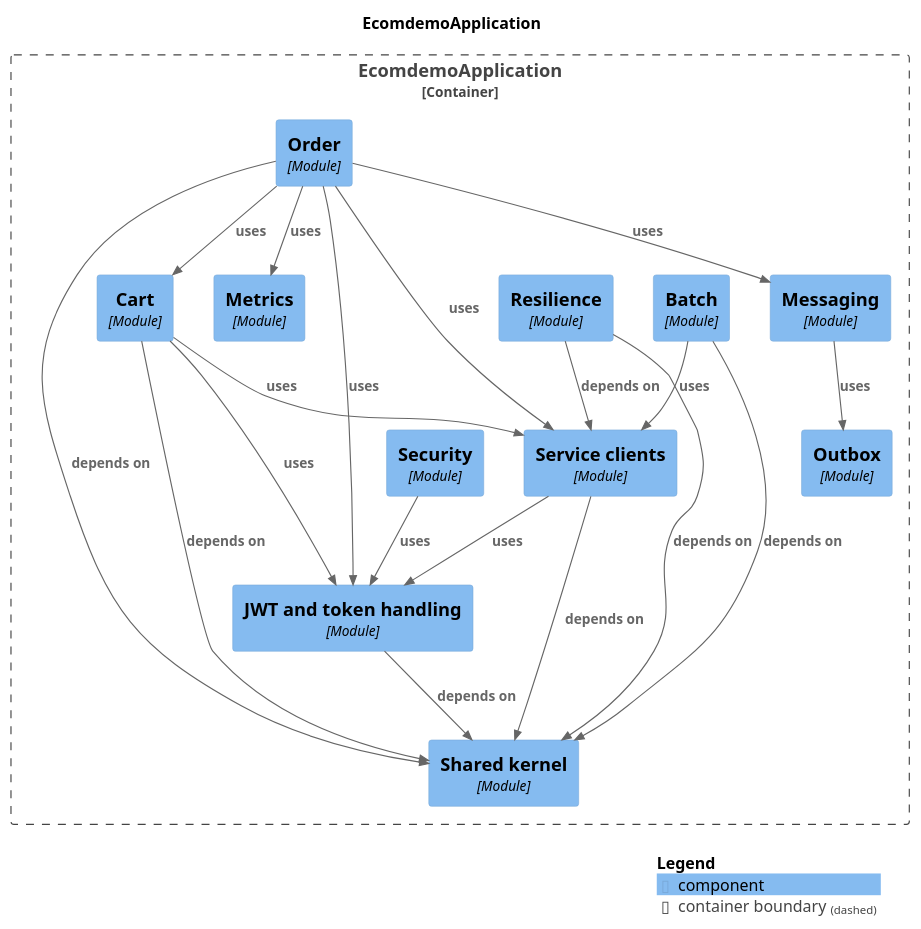
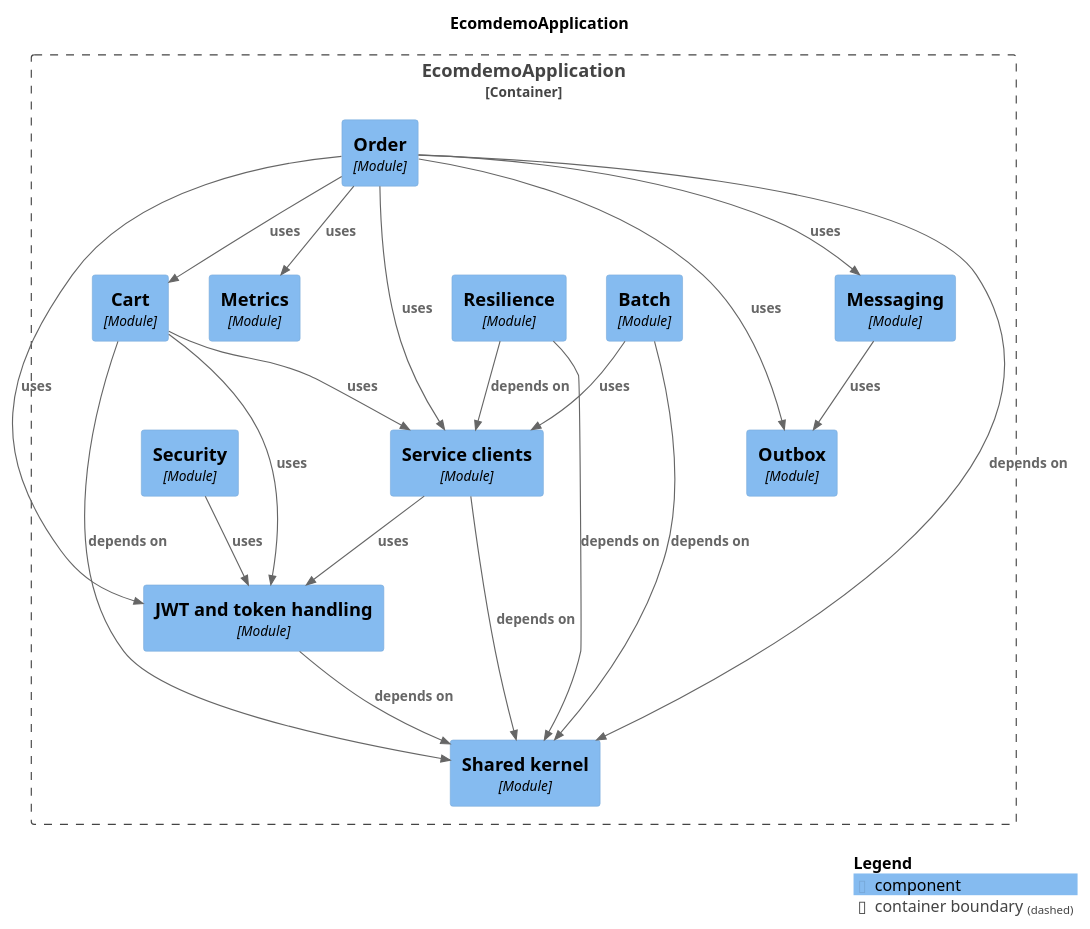
The diagram in docs/modules/components.puml (mr-sujay-patil/ecomdemo), drawn with PlantUML before and after one commit. The commit also changed 40 other files, not shown here.

```diff
--- a/docs/modules/components.puml
+++ b/docs/modules/components.puml
@@ -1,45 +1,46 @@
 @startuml
 set separator none
 title EcomdemoApplication
 
 top to bottom direction
 
 !include <C4/C4>
 !include <C4/C4_Context>
 !include <C4/C4_Component>
 
 Container_Boundary("EcomdemoApplication.EcomdemoApplication_boundary", "EcomdemoApplication", $tags="") {
   Component(EcomdemoApplication.EcomdemoApplication.Serviceclients, "Service clients", $techn="Module", $descr="", $tags="", $link="")
   Component(EcomdemoApplication.EcomdemoApplication.Security, "Security", $techn="Module", $descr="", $tags="", $link="")
   Component(EcomdemoApplication.EcomdemoApplication.Batch, "Batch", $techn="Module", $descr="", $tags="", $link="")
   Component(EcomdemoApplication.EcomdemoApplication.Cart, "Cart", $techn="Module", $descr="", $tags="", $link="")
   Component(EcomdemoApplication.EcomdemoApplication.Resilience, "Resilience", $techn="Module", $descr="", $tags="", $link="")
   Component(EcomdemoApplication.EcomdemoApplication.Order, "Order", $techn="Module", $descr="", $tags="", $link="")
   Component(EcomdemoApplication.EcomdemoApplication.Metrics, "Metrics", $techn="Module", $descr="", $tags="", $link="")
   Component(EcomdemoApplication.EcomdemoApplication.Outbox, "Outbox", $techn="Module", $descr="", $tags="", $link="")
   Component(EcomdemoApplication.EcomdemoApplication.Sharedkernel, "Shared kernel", $techn="Module", $descr="", $tags="", $link="")
   Component(EcomdemoApplication.EcomdemoApplication.JWTandtokenhandling, "JWT and token handling", $techn="Module", $descr="", $tags="", $link="")
   Component(EcomdemoApplication.EcomdemoApplication.Messaging, "Messaging", $techn="Module", $descr="", $tags="", $link="")
 }
 
 Rel(EcomdemoApplication.EcomdemoApplication.Batch, EcomdemoApplication.EcomdemoApplication.Serviceclients, "uses", $techn="", $tags="", $link="")
 Rel(EcomdemoApplication.EcomdemoApplication.Batch, EcomdemoApplication.EcomdemoApplication.Sharedkernel, "depends on", $techn="", $tags="", $link="")
 Rel(EcomdemoApplication.EcomdemoApplication.Cart, EcomdemoApplication.EcomdemoApplication.JWTandtokenhandling, "uses", $techn="", $tags="", $link="")
 Rel(EcomdemoApplication.EcomdemoApplication.Cart, EcomdemoApplication.EcomdemoApplication.Serviceclients, "uses", $techn="", $tags="", $link="")
 Rel(EcomdemoApplication.EcomdemoApplication.Cart, EcomdemoApplication.EcomdemoApplication.Sharedkernel, "depends on", $techn="", $tags="", $link="")
 Rel(EcomdemoApplication.EcomdemoApplication.JWTandtokenhandling, EcomdemoApplication.EcomdemoApplication.Sharedkernel, "depends on", $techn="", $tags="", $link="")
 Rel(EcomdemoApplication.EcomdemoApplication.Messaging, EcomdemoApplication.EcomdemoApplication.Outbox, "uses", $techn="", $tags="", $link="")
 Rel(EcomdemoApplication.EcomdemoApplication.Order, EcomdemoApplication.EcomdemoApplication.Cart, "uses", $techn="", $tags="", $link="")
 Rel(EcomdemoApplication.EcomdemoApplication.Order, EcomdemoApplication.EcomdemoApplication.JWTandtokenhandling, "uses", $techn="", $tags="", $link="")
 Rel(EcomdemoApplication.EcomdemoApplication.Order, EcomdemoApplication.EcomdemoApplication.Messaging, "uses", $techn="", $tags="", $link="")
 Rel(EcomdemoApplication.EcomdemoApplication.Order, EcomdemoApplication.EcomdemoApplication.Metrics, "uses", $techn="", $tags="", $link="")
+Rel(EcomdemoApplication.EcomdemoApplication.Order, EcomdemoApplication.EcomdemoApplication.Outbox, "uses", $techn="", $tags="", $link="")
 Rel(EcomdemoApplication.EcomdemoApplication.Order, EcomdemoApplication.EcomdemoApplication.Serviceclients, "uses", $techn="", $tags="", $link="")
 Rel(EcomdemoApplication.EcomdemoApplication.Order, EcomdemoApplication.EcomdemoApplication.Sharedkernel, "depends on", $techn="", $tags="", $link="")
 Rel(EcomdemoApplication.EcomdemoApplication.Resilience, EcomdemoApplication.EcomdemoApplication.Serviceclients, "depends on", $techn="", $tags="", $link="")
 Rel(EcomdemoApplication.EcomdemoApplication.Resilience, EcomdemoApplication.EcomdemoApplication.Sharedkernel, "depends on", $techn="", $tags="", $link="")
 Rel(EcomdemoApplication.EcomdemoApplication.Security, EcomdemoApplication.EcomdemoApplication.JWTandtokenhandling, "uses", $techn="", $tags="", $link="")
 Rel(EcomdemoApplication.EcomdemoApplication.Serviceclients, EcomdemoApplication.EcomdemoApplication.JWTandtokenhandling, "uses", $techn="", $tags="", $link="")
 Rel(EcomdemoApplication.EcomdemoApplication.Serviceclients, EcomdemoApplication.EcomdemoApplication.Sharedkernel, "depends on", $techn="", $tags="", $link="")
 
 SHOW_LEGEND(true)
 @enduml
```
